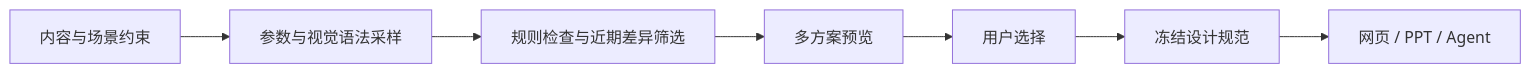
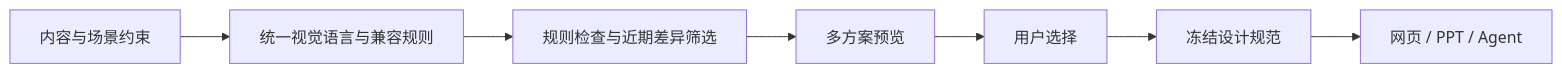
Before and after one commit to xingchenyd/random-design: the diagram in README.md, drawn with Mermaid. The commit also changed other lines of this file and 170 other files, not shown here.

````diff
--- a/README.md
+++ b/README.md
@@ -78,9 +92,9 @@
 ```mermaid
 flowchart LR
-    A[内容与场景约束] --> B[参数与视觉语法采样]
+    A[内容与场景约束] --> B[统一视觉语言与兼容规则]
     B --> C[规则检查与近期差异筛选]
     C --> D[多方案预览]
     D --> E[用户选择]
     E --> F[冻结设计规范]
     F --> G[网页 / PPT / Agent]
 ```
````
